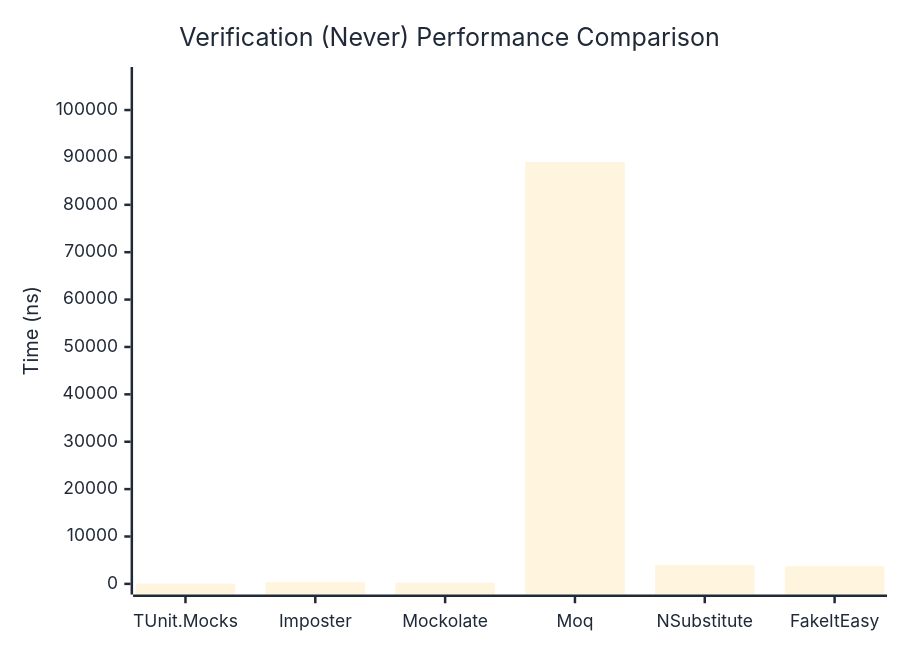
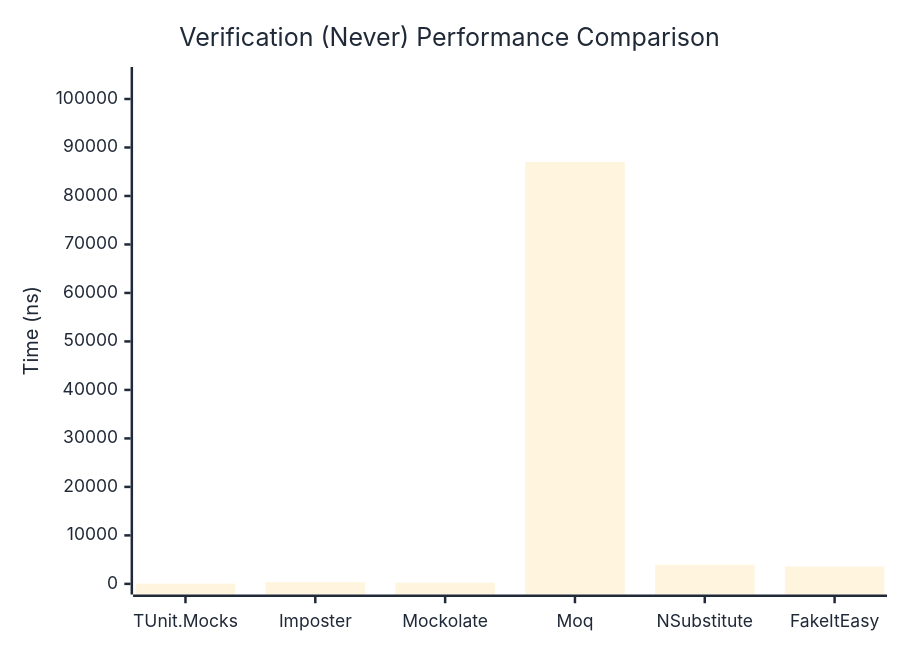
The second of 3 diagrams in docs/docs/benchmarks/mocks/Verification.md (thomhurst/TUnit), drawn with Mermaid before and after one commit. The commit also changed other lines of this file and 14 other files, not shown here.

````diff
--- a/docs/docs/benchmarks/mocks/Verification.md
+++ b/docs/docs/benchmarks/mocks/Verification.md
@@ -71,27 +71,27 @@
 ```mermaid
 %%{init: {
   'theme':'base',
   'themeVariables': {
     'primaryColor': '#2563eb',
     'primaryTextColor': '#1f2937',
     'primaryBorderColor': '#1e40af',
     'lineColor': '#6b7280',
     'secondaryColor': '#7c3aed',
     'tertiaryColor': '#dc2626',
     'background': '#ffffff',
     'pie1': '#2563eb',
     'pie2': '#7c3aed',
     'pie3': '#dc2626',
     'pie4': '#f59e0b',
     'pie5': '#10b981',
     'pie6': '#06b6d4',
     'pie7': '#ec4899',
     'pie8': '#6366f1'
   }
 }}%%
 xychart-beta
   title "Verification (Never) Performance Comparison"
   x-axis ["TUnit.Mocks", "Imposter", "Mockolate", "Moq", "NSubstitute", "FakeItEasy"]
-  y-axis "Time (ns)" 0 --> 106842
-  bar [53.26, 337.8, 244.92, 89034.99, 3984.18, 3722.7]
+  y-axis "Time (ns)" 0 --> 104405
+  bar [52.71, 342.2, 233.11, 87003.65, 3958.83, 3589.01]
 ```
````
